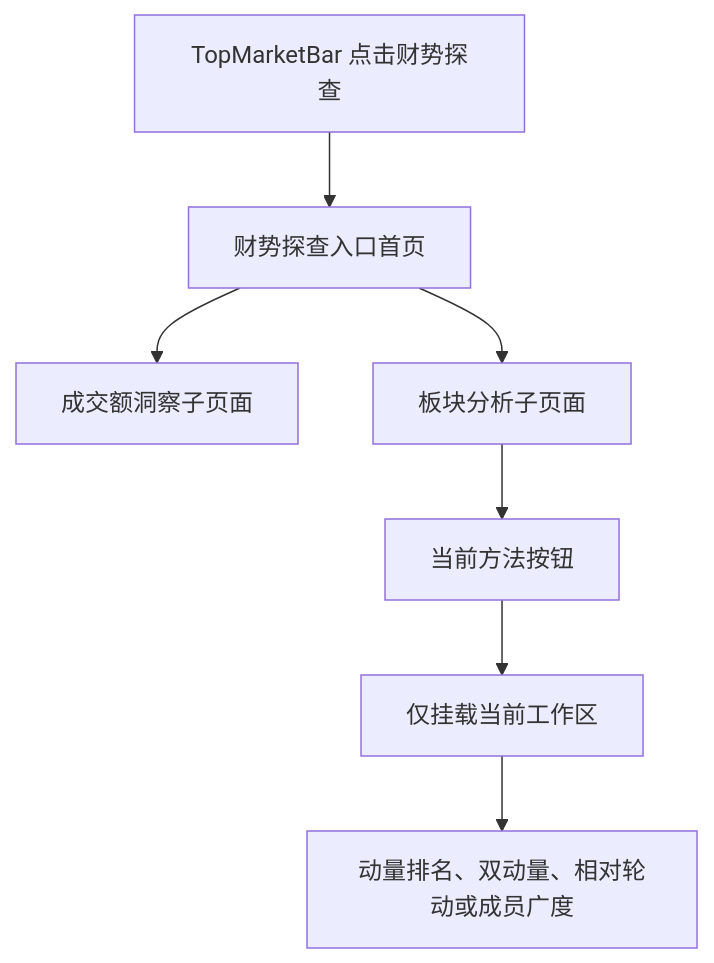
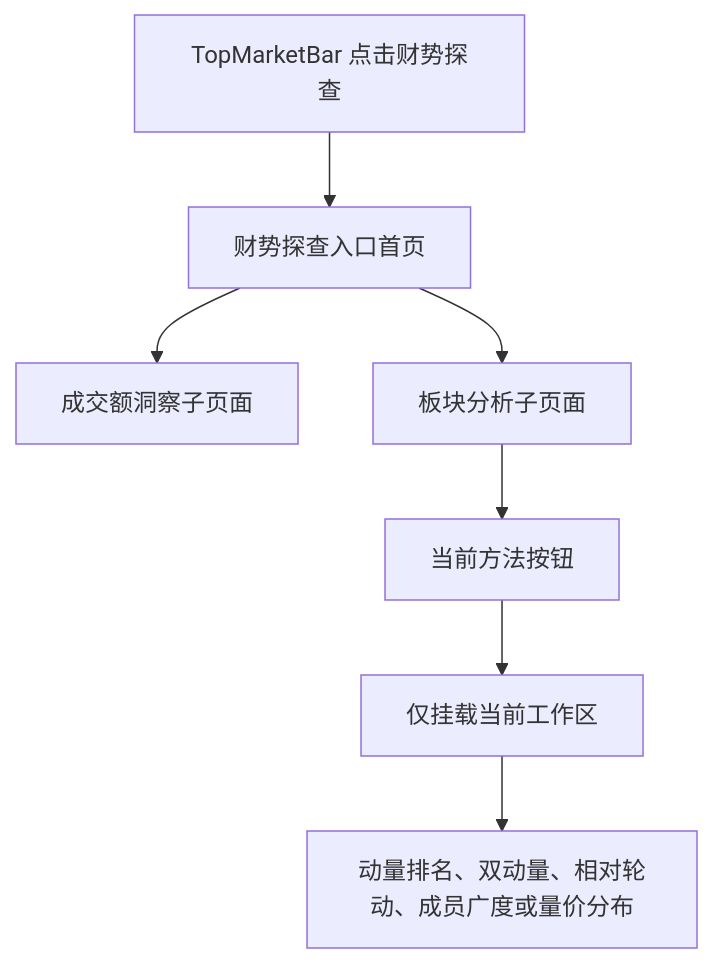
Before and after one commit to chiuser/goldenshare: the first of 2 diagrams in wealth/docs/pages/wealth-exploration/sector-analysis-implementation-design-v1.md, drawn with Mermaid. The commit also changed other lines of this file and 4 other files, not shown here.

````diff
--- a/wealth/docs/pages/wealth-exploration/sector-analysis-implementation-design-v1.md
+++ b/wealth/docs/pages/wealth-exploration/sector-analysis-implementation-design-v1.md
@@ -317,9 +360,9 @@
 ```mermaid
 flowchart TD
   A["TopMarketBar 点击财势探查"] --> B["财势探查入口首页"]
   B --> C["成交额洞察子页面"]
   B --> D["板块分析子页面"]
   D --> E["当前方法按钮"]
   E --> F["仅挂载当前工作区"]
-  F --> G["动量排名、双动量、相对轮动或成员广度"]
+  F --> G["动量排名、双动量、相对轮动、成员广度或量价分布"]
 ```
````
